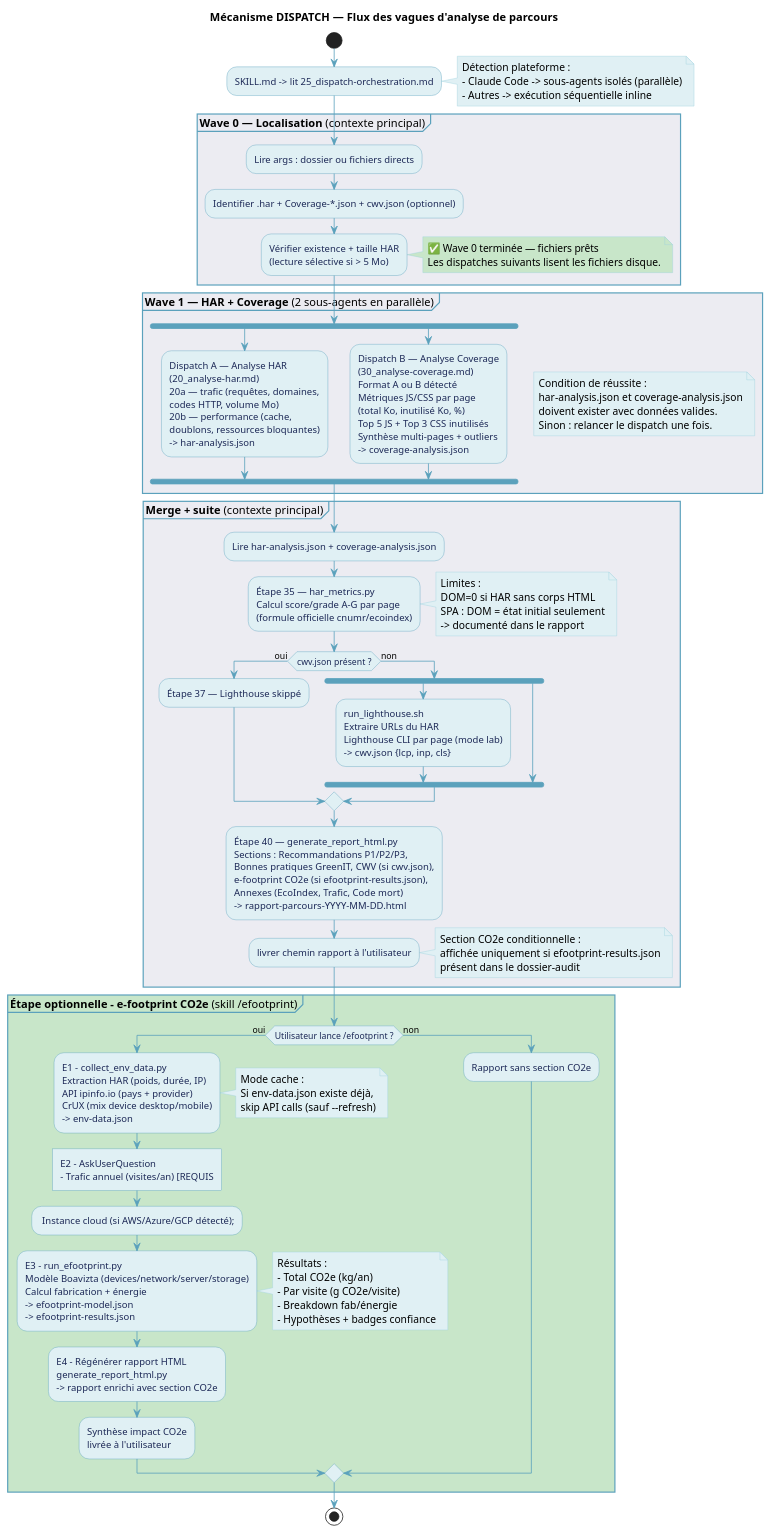
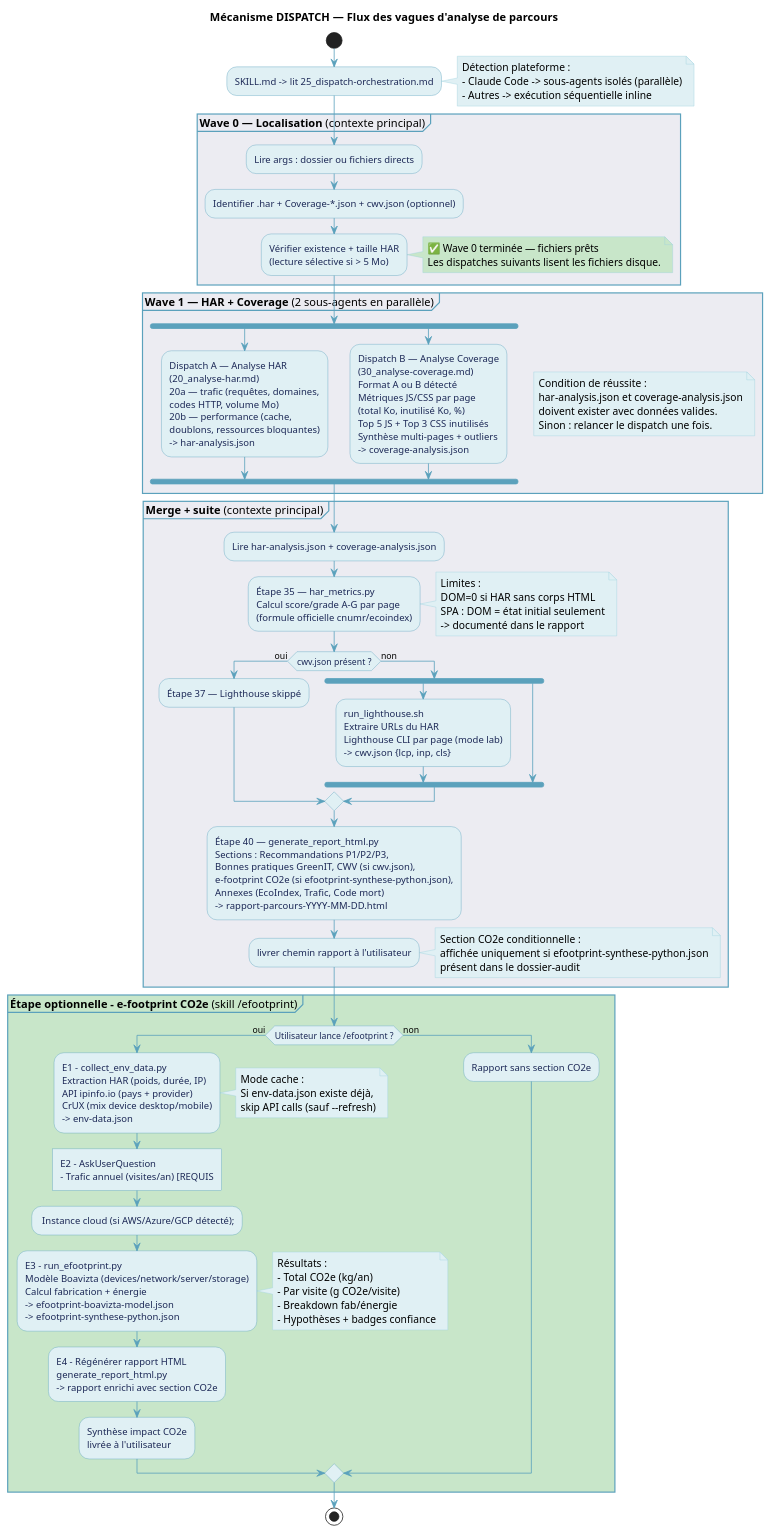
One commit to Boavizta/eroom changed the diagram in documentation/diagramme/analyse-parcours-dispatch-activite.puml. Above: the diagram before and after it, drawn with PlantUML. The commit also changed 19 other files, not shown here.

First line of the commit message:
feat(efootprint): diagramme unifie avec hypotheses, synthese CO2e claire, renommage model/results.json

```diff
--- a/documentation/diagramme/analyse-parcours-dispatch-activite.puml
+++ b/documentation/diagramme/analyse-parcours-dispatch-activite.puml
@@ -1,159 +1,159 @@
 @startuml analyse-parcours-dispatch-activite
 title Mécanisme DISPATCH — Flux des vagues d'analyse de parcours
 
 skinparam backgroundColor #FFFFFF
 skinparam activity {
   BackgroundColor #E0F0F4
   BorderColor #5BA1BC
   FontColor #1C2856
   DiamondBackgroundColor #E0F0F4
   DiamondBorderColor #5BA1BC
 }
 skinparam ArrowColor #5BA1BC
 skinparam ActivityBarColor #5BA1BC
 skinparam NoteBackgroundColor #E0F0F4
 skinparam NoteBorderColor #9BD0DD
 skinparam PartitionBackgroundColor #ECECF2
 skinparam PartitionBorderColor #5BA1BC
 
 |#E0F0F4| Contexte principal |
 start
 
 :SKILL.md -> lit 25_dispatch-orchestration.md;
 
 note right
   Détection plateforme :
   - Claude Code -> sous-agents isolés (parallèle)
   - Autres -> exécution séquentielle inline
 end note
 
 partition "**Wave 0 — Localisation** (contexte principal)" {
   :Lire args : dossier ou fichiers directs;
   :Identifier .har + Coverage-*.json + cwv.json (optionnel);
   :Vérifier existence + taille HAR\n(lecture sélective si > 5 Mo);
 }
 
 note right #C8E6C9
   ✅ Wave 0 terminée — fichiers prêts
   Les dispatches suivants lisent les fichiers disque.
 end note
 
 partition "**Wave 1 — HAR + Coverage** (2 sous-agents en parallèle)" {
   fork
     :Dispatch A — Analyse HAR
     (20_analyse-har.md)
     20a — trafic (requêtes, domaines,
     codes HTTP, volume Mo)
     20b — performance (cache,
     doublons, ressources bloquantes)
     -> har-analysis.json;
   fork again
     :Dispatch B — Analyse Coverage
     (30_analyse-coverage.md)
     Format A ou B détecté
     Métriques JS/CSS par page
     (total Ko, inutilisé Ko, %)
     Top 5 JS + Top 3 CSS inutilisés
     Synthèse multi-pages + outliers
     -> coverage-analysis.json;
   end fork
 }
 
 note right
   Condition de réussite :
   har-analysis.json et coverage-analysis.json
   doivent exister avec données valides.
   Sinon : relancer le dispatch une fois.
 end note
 
 partition "**Merge + suite** (contexte principal)" {
   :Lire har-analysis.json + coverage-analysis.json;
   :Étape 35 — har_metrics.py
   Calcul score/grade A-G par page
   (formule officielle cnumr/ecoindex);
 
   note right
     Limites :
     DOM=0 si HAR sans corps HTML
     SPA : DOM = état initial seulement
     -> documenté dans le rapport
   end note
 
   if (cwv.json présent ?) then (oui)
     :Étape 37 — Lighthouse skippé;
   else (non)
     fork
       :run_lighthouse.sh
       Extraire URLs du HAR
       Lighthouse CLI par page (mode lab)
       -> cwv.json {lcp, inp, cls};
     fork again
       note right #FFECB3
         Si Lighthouse indisponible :
         warning, rapport sans CWV
       end note
     end fork
   endif
 
   :Étape 40 — generate_report_html.py
   Sections : Recommandations P1/P2/P3,
   Bonnes pratiques GreenIT, CWV (si cwv.json),
-  e-footprint CO2e (si efootprint-results.json),
+  e-footprint CO2e (si efootprint-synthese-python.json),
   Annexes (EcoIndex, Trafic, Code mort)
   -> rapport-parcours-YYYY-MM-DD.html;
 
   :livrer chemin rapport à l'utilisateur;
 
   note right #E0F0F4
     Section CO2e conditionnelle :
-    affichée uniquement si efootprint-results.json
+    affichée uniquement si efootprint-synthese-python.json
     présent dans le dossier-audit
   end note
 }
 
 partition "**Étape optionnelle - e-footprint CO2e** (skill /efootprint)" #C8E6C9 {
   if (Utilisateur lance /efootprint ?) then (oui)
     :E1 - collect_env_data.py
     Extraction HAR (poids, durée, IP)
     API ipinfo.io (pays + provider)
     CrUX (mix device desktop/mobile)
     -> env-data.json;
 
     note right
       Mode cache :
       Si env-data.json existe déjà,
       skip API calls (sauf --refresh)
     end note
 
     :E2 - AskUserQuestion
     - Trafic annuel (visites/an) [REQUIS]
     - Instance cloud (si AWS/Azure/GCP détecté);
 
     :E3 - run_efootprint.py
     Modèle Boavizta (devices/network/server/storage)
     Calcul fabrication + énergie
-    -> efootprint-model.json
-    -> efootprint-results.json;
+    -> efootprint-boavizta-model.json
+    -> efootprint-synthese-python.json;
 
     note right
       Résultats :
       - Total CO2e (kg/an)
       - Par visite (g CO2e/visite)
       - Breakdown fab/énergie
       - Hypothèses + badges confiance
     end note
 
     :E4 - Régénérer rapport HTML
     generate_report_html.py
     -> rapport enrichi avec section CO2e;
 
     :Synthèse impact CO2e
     livrée à l'utilisateur;
   else (non)
     :Rapport sans section CO2e;
   endif
 }
 
 stop
 
 @enduml
```
